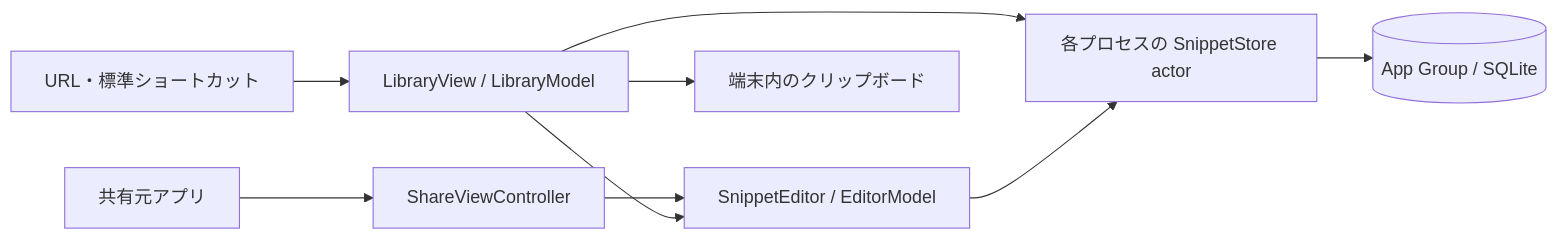
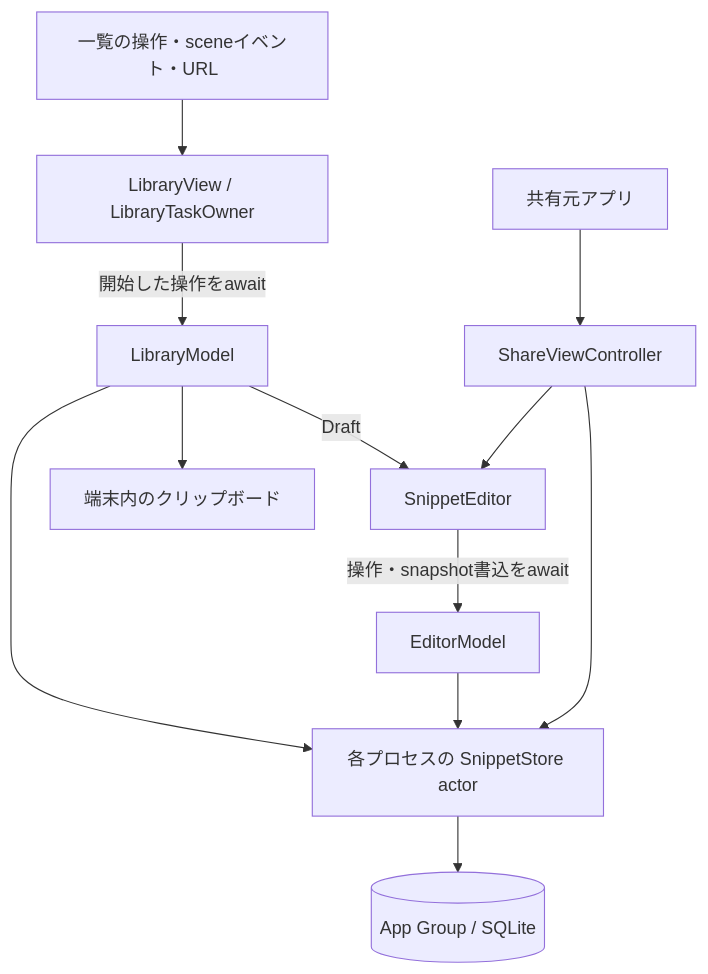
The diagram in docs/decisions/0002-mvp-app.md (9uiLe/nibble), drawn with Mermaid before and after one commit. The commit also changed other lines of this file and 13 other files, not shown here.

Commit message:
Document the product architecture around awaitable operations and UI ownership

````diff
--- a/docs/decisions/0002-mvp-app.md
+++ b/docs/decisions/0002-mvp-app.md
@@ -58,11 +51,14 @@
 ```mermaid
-flowchart LR
+flowchart TB
+    Events[一覧の操作・sceneイベント・URL] --> View[LibraryView / LibraryTaskOwner]
+    View -->|開始した操作をawait| Library[LibraryModel]
+    Library -->|Draft| Editor[SnippetEditor]
     Host[共有元アプリ] --> Share[ShareViewController]
-    URL[URL・標準ショートカット] --> Library[LibraryView / LibraryModel]
-    Share --> Editor[SnippetEditor / EditorModel]
-    Library --> Editor
+    Share --> Editor
+    Editor -->|操作・snapshot書込をawait| Model[EditorModel]
     Library --> Store[各プロセスの SnippetStore actor]
-    Editor --> Store
+    Model --> Store
+    Share --> Store
     Store --> DB[(App Group / SQLite)]
     Library --> Clipboard[端末内のクリップボード]
 ```
````
